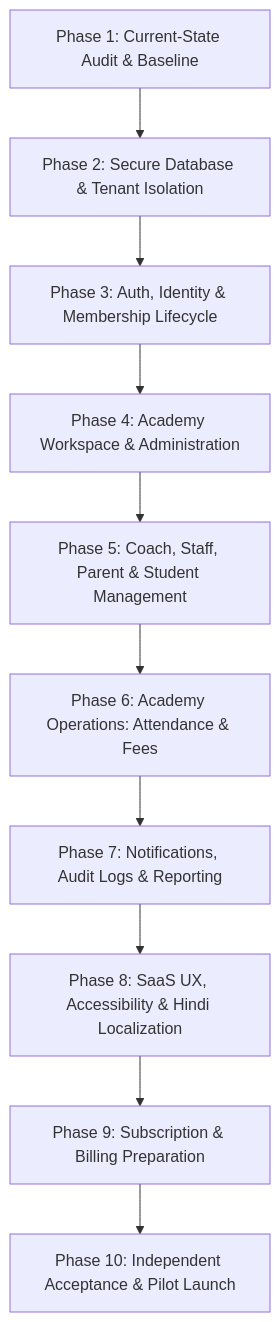
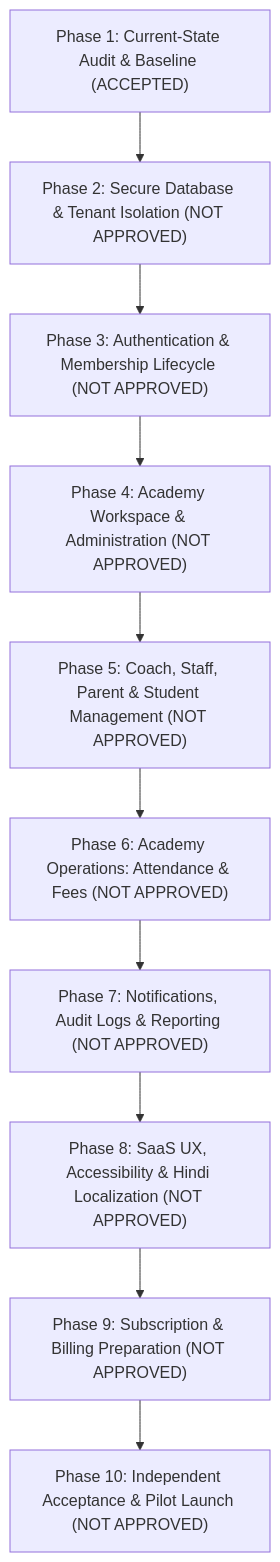
Before and after one commit to khanshahrukhonline01/new_online: the diagram in docs/saas/SAAS_PHASED_IMPLEMENTATION_ROADMAP.md, drawn with Mermaid. The commit also changed other lines of this file and 6 other files, not shown here.

Commit message:
docs(saas): reconcile Phase 1 audit acceptance, disclose premature implementation, and update risk register

````diff
--- a/docs/saas/SAAS_PHASED_IMPLEMENTATION_ROADMAP.md
+++ b/docs/saas/SAAS_PHASED_IMPLEMENTATION_ROADMAP.md
@@ -26,12 +31,12 @@
 ```mermaid
 flowchart TD
-  P1[Phase 1: Current-State Audit & Baseline] --> P2[Phase 2: Secure Database & Tenant Isolation]
-  P2 --> P3[Phase 3: Auth, Identity & Membership Lifecycle]
-  P3 --> P4[Phase 4: Academy Workspace & Administration]
-  P4 --> P5[Phase 5: Coach, Staff, Parent & Student Management]
-  P5 --> P6[Phase 6: Academy Operations: Attendance & Fees]
-  P6 --> P7[Phase 7: Notifications, Audit Logs & Reporting]
-  P7 --> P8[Phase 8: SaaS UX, Accessibility & Hindi Localization]
-  P8 --> P9[Phase 9: Subscription & Billing Preparation]
-  P9 --> P10[Phase 10: Independent Acceptance & Pilot Launch]
+  P1["Phase 1: Current-State Audit & Baseline (ACCEPTED)"] --> P2["Phase 2: Secure Database & Tenant Isolation (NOT APPROVED)"]
+  P2 --> P3["Phase 3: Authentication & Membership Lifecycle (NOT APPROVED)"]
+  P3 --> P4["Phase 4: Academy Workspace & Administration (NOT APPROVED)"]
+  P4 --> P5["Phase 5: Coach, Staff, Parent & Student Management (NOT APPROVED)"]
+  P5 --> P6["Phase 6: Academy Operations: Attendance & Fees (NOT APPROVED)"]
+  P6 --> P7["Phase 7: Notifications, Audit Logs & Reporting (NOT APPROVED)"]
+  P7 --> P8["Phase 8: SaaS UX, Accessibility & Hindi Localization (NOT APPROVED)"]
+  P8 --> P9["Phase 9: Subscription & Billing Preparation (NOT APPROVED)"]
+  P9 --> P10["Phase 10: Independent Acceptance & Pilot Launch (NOT APPROVED)"]
 ```
````
